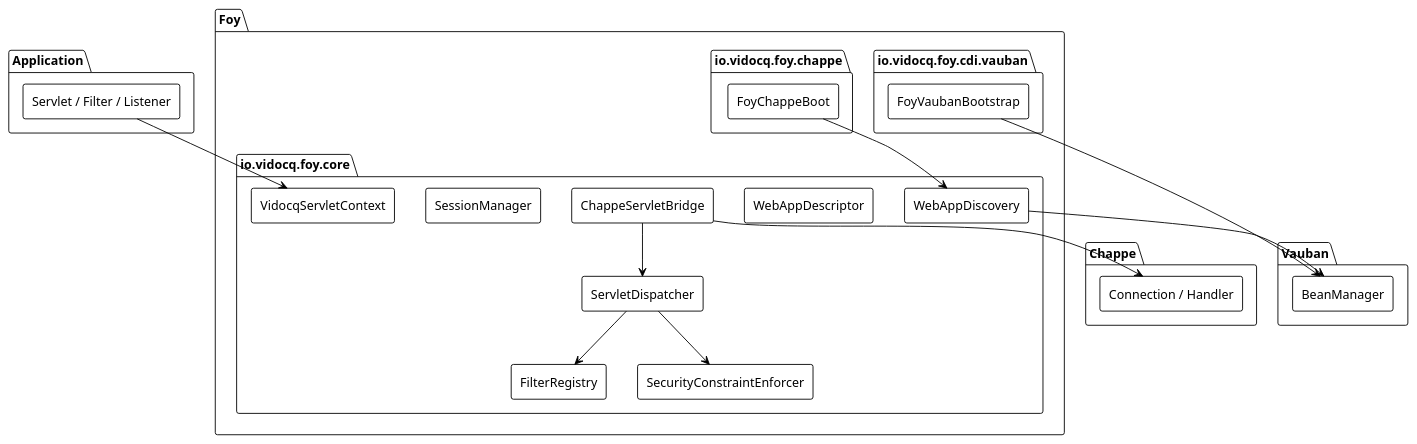
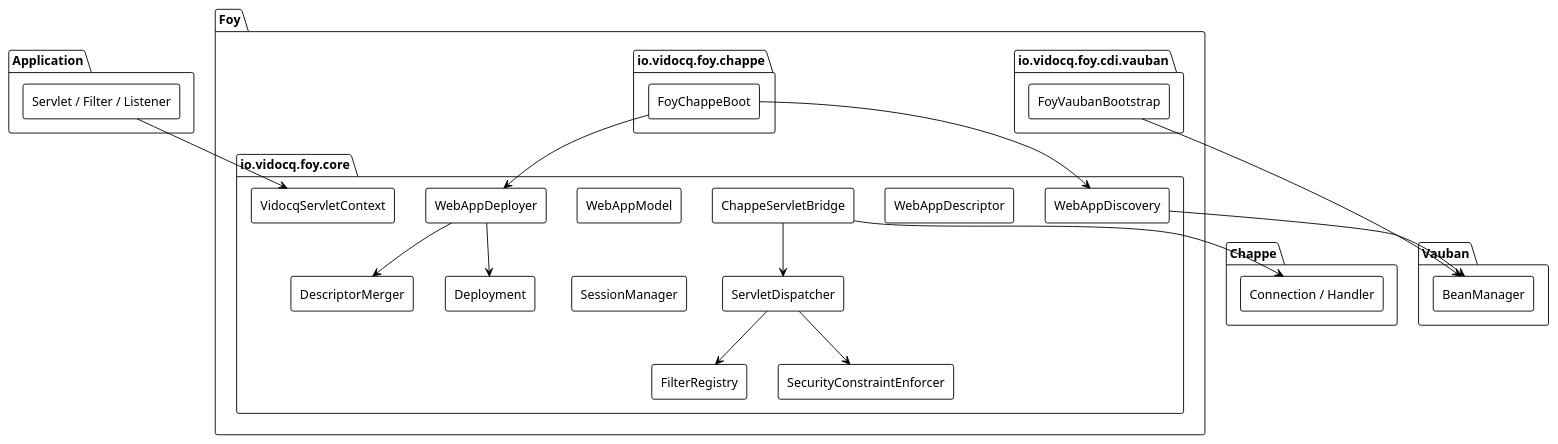
One commit to vidocq-stack/foy changed the first of 3 diagrams in docs/en/modules/ROOT/pages/internals.adoc. Above: the diagram before and after it, drawn with PlantUML. The commit also changed other lines of this file and 7 other files, not shown here.

First line of the commit message:
docs: describe the foy-core deployment lifecycle (Phase 1 exit)

```diff
--- a/docs/en/modules/ROOT/pages/internals.adoc
+++ b/docs/en/modules/ROOT/pages/internals.adoc
@@ -9,47 +9,54 @@
 [plantuml]
 ....
 @startuml
 !theme plain
 skinparam componentStyle rectangle
 
 package "Application" {
   [Servlet / Filter / Listener] as APP
 }
 
 package "Foy" {
   package "io.vidocq.foy.core" {
     [WebAppDiscovery]
+    [WebAppModel]
+    [DescriptorMerger]
+    [WebAppDeployer]
+    [Deployment]
     [WebAppDescriptor]
     [ChappeServletBridge]
     [ServletDispatcher]
     [FilterRegistry]
     [SessionManager]
     [VidocqServletContext]
     [SecurityConstraintEnforcer]
   }
   package "io.vidocq.foy.chappe" {
     [FoyChappeBoot]
   }
   package "io.vidocq.foy.cdi.vauban" {
     [FoyVaubanBootstrap]
   }
 }
 
 package "Chappe" {
   [Connection / Handler]
 }
 
 package "Vauban" {
   [BeanManager]
 }
 
 APP --> [VidocqServletContext]
 [FoyChappeBoot] --> [WebAppDiscovery]
 [WebAppDiscovery] --> [BeanManager]
+[FoyChappeBoot] --> [WebAppDeployer]
+[WebAppDeployer] --> [DescriptorMerger]
+[WebAppDeployer] --> [Deployment]
 [ChappeServletBridge] --> [ServletDispatcher]
 [ServletDispatcher] --> [FilterRegistry]
 [ServletDispatcher] --> [SecurityConstraintEnforcer]
 [ChappeServletBridge] --> [Connection / Handler]
 [FoyVaubanBootstrap] --> [BeanManager]
 @enduml
 ....
```
